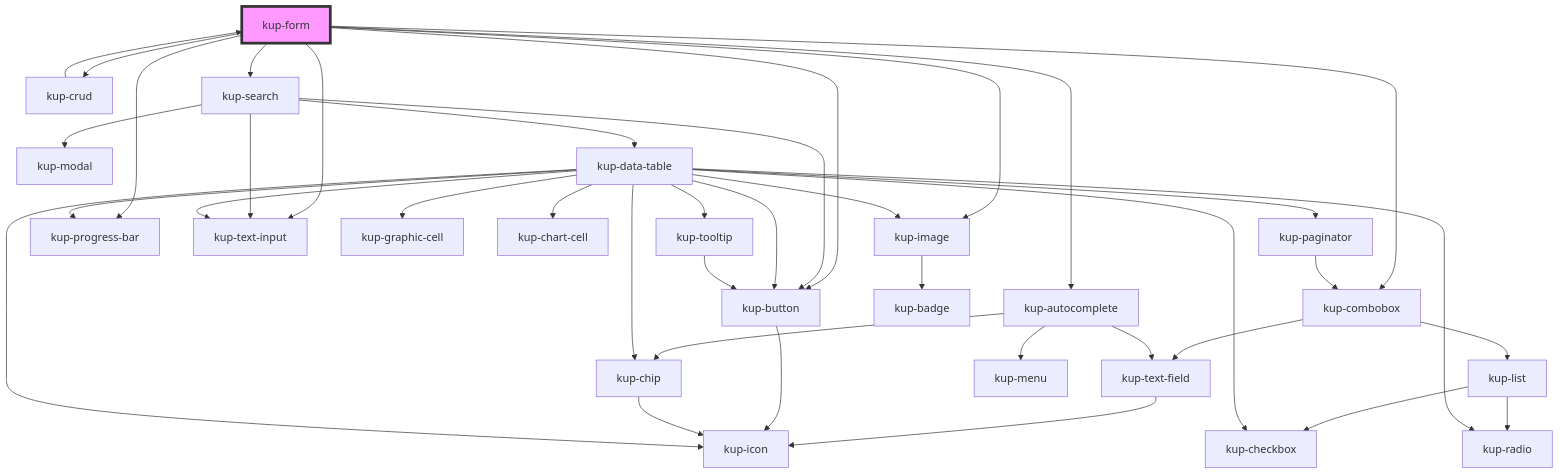
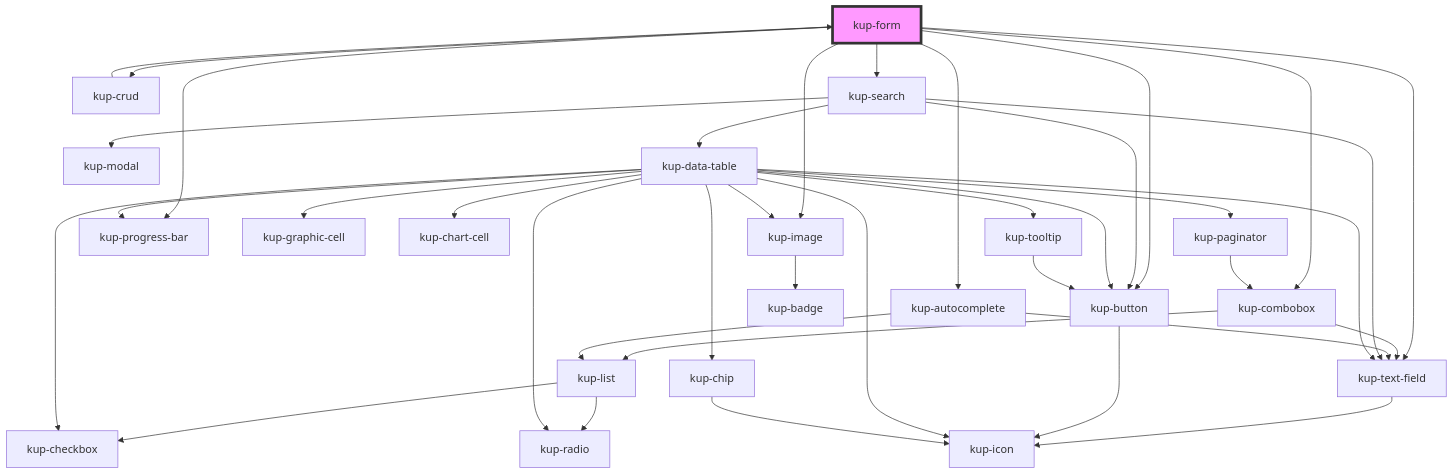
Before and after one commit to smeup/ketchup: the diagram in packages/ketchup/src/components/kup-form/readme.md, drawn with Mermaid. The commit also changed other lines of this file and 18 other files, not shown here.

````diff
--- a/packages/ketchup/src/components/kup-form/readme.md
+++ b/packages/ketchup/src/components/kup-form/readme.md
@@ -131,42 +131,41 @@
 ```mermaid
 graph TD;
   kup-form --> kup-combobox
   kup-form --> kup-crud
   kup-form --> kup-autocomplete
   kup-form --> kup-search
   kup-form --> kup-image
   kup-form --> kup-progress-bar
-  kup-form --> kup-text-input
+  kup-form --> kup-text-field
   kup-form --> kup-button
   kup-combobox --> kup-text-field
   kup-combobox --> kup-list
   kup-text-field --> kup-icon
   kup-list --> kup-radio
   kup-list --> kup-checkbox
   kup-crud --> kup-form
   kup-button --> kup-icon
-  kup-autocomplete --> kup-chip
   kup-autocomplete --> kup-text-field
-  kup-autocomplete --> kup-menu
-  kup-chip --> kup-icon
-  kup-search --> kup-text-input
+  kup-autocomplete --> kup-list
+  kup-search --> kup-text-field
   kup-search --> kup-button
   kup-search --> kup-modal
   kup-search --> kup-data-table
   kup-data-table --> kup-checkbox
-  kup-data-table --> kup-text-input
+  kup-data-table --> kup-text-field
   kup-data-table --> kup-icon
   kup-data-table --> kup-image
   kup-data-table --> kup-button
   kup-data-table --> kup-graphic-cell
   kup-data-table --> kup-chart-cell
   kup-data-table --> kup-progress-bar
   kup-data-table --> kup-radio
   kup-data-table --> kup-tooltip
   kup-data-table --> kup-paginator
   kup-data-table --> kup-chip
   kup-image --> kup-badge
   kup-tooltip --> kup-button
   kup-paginator --> kup-combobox
+  kup-chip --> kup-icon
   style kup-form fill:#f9f,stroke:#333,stroke-width:4px
 ```
````
